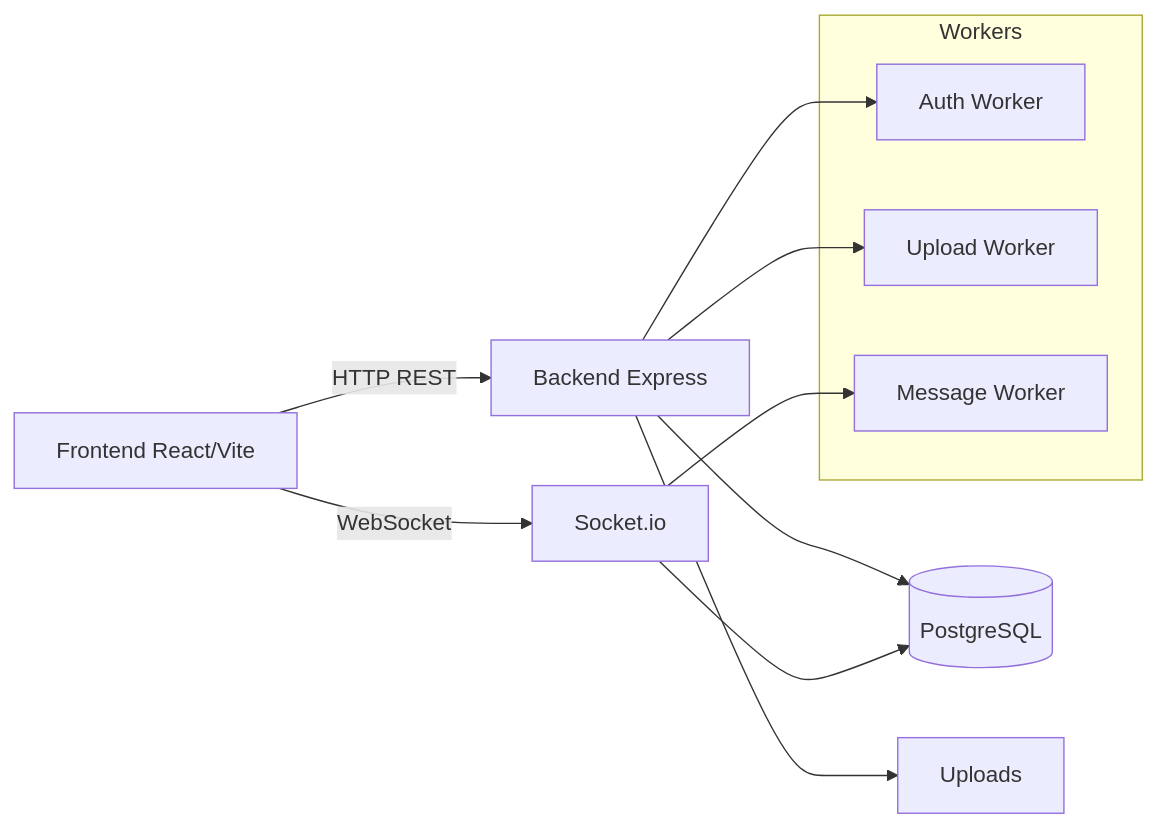
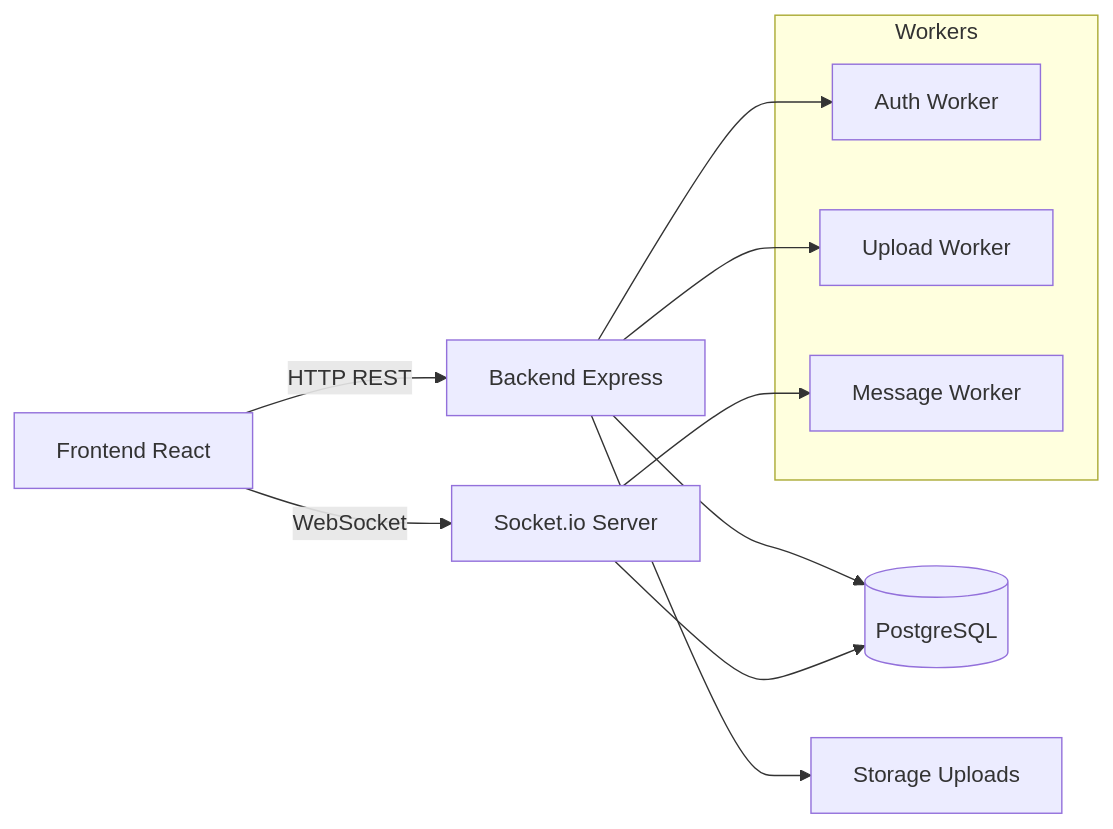
The first of 4 diagrams in README.md (kfamaguana07/SecureCollabChat), drawn with Mermaid before and after one commit. The commit also changed other lines of this file, not shown here.

Commit message:
Update README to enhance clarity and correct formatting; improve descriptions, feature list, and architecture details.

````diff
--- a/README.md
+++ b/README.md
@@ -22,16 +38,16 @@
 ```mermaid
 flowchart LR
-	UI[Frontend React/Vite] -->|HTTP REST| API[Backend Express]
-	UI -->|WebSocket| WS[Socket.io]
-	API --> DB[(PostgreSQL)]
-	WS --> DB
-	API --> UP[Uploads]
-	subgraph Workers
-		W1[Auth Worker]
-		W2[Upload Worker]
-		W3[Message Worker]
-	end
-	API --> W1
-	API --> W2
-	WS --> W3
+    UI[Frontend React] -->|HTTP REST| API[Backend Express]
+    UI -->|WebSocket| WS[Socket.io Server]
+    API --> DB[(PostgreSQL)]
+    WS --> DB
+    API --> UP[Storage Uploads]
+    subgraph Workers
+        W1[Auth Worker]
+        W2[Upload Worker]
+        W3[Message Worker]
+    end
+    API --> W1
+    API --> W2
+    WS --> W3
 ```
````
